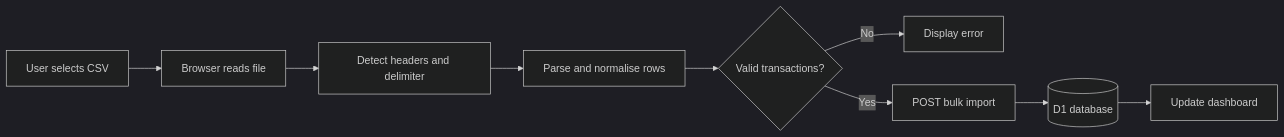
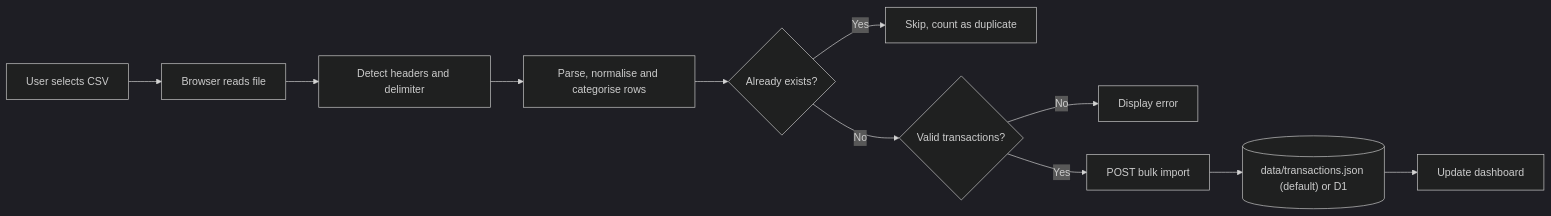
The fourth of 5 diagrams in LEDGERLY_PROJECT_HANDOVER.md (sicariodublin/personal_expense_tracker), drawn with Mermaid (dark theme) before and after one commit. The commit also changed other lines of this file and 2 other files, not shown here.

First line of the commit message:
Feat: CSV auto-categorization, duplicate-import detection, transaction pagination

````diff
--- a/LEDGERLY_PROJECT_HANDOVER.md
+++ b/LEDGERLY_PROJECT_HANDOVER.md
@@ -404,11 +414,13 @@
 ```mermaid
 flowchart LR
     F["User selects CSV"] --> R["Browser reads file"]
     R --> H["Detect headers and delimiter"]
-    H --> P["Parse and normalise rows"]
-    P --> V{"Valid transactions?"}
+    H --> P["Parse, normalise and categorise rows"]
+    P --> DUP{"Already exists?"}
+    DUP -- Yes --> SKIP["Skip, count as duplicate"]
+    DUP -- No --> V{"Valid transactions?"}
     V -- No --> E["Display error"]
     V -- Yes --> B["POST bulk import"]
-    B --> D[("D1 database")]
+    B --> D[("data/transactions.json (default) or D1")]
     D --> U["Update dashboard"]
 ```
````
